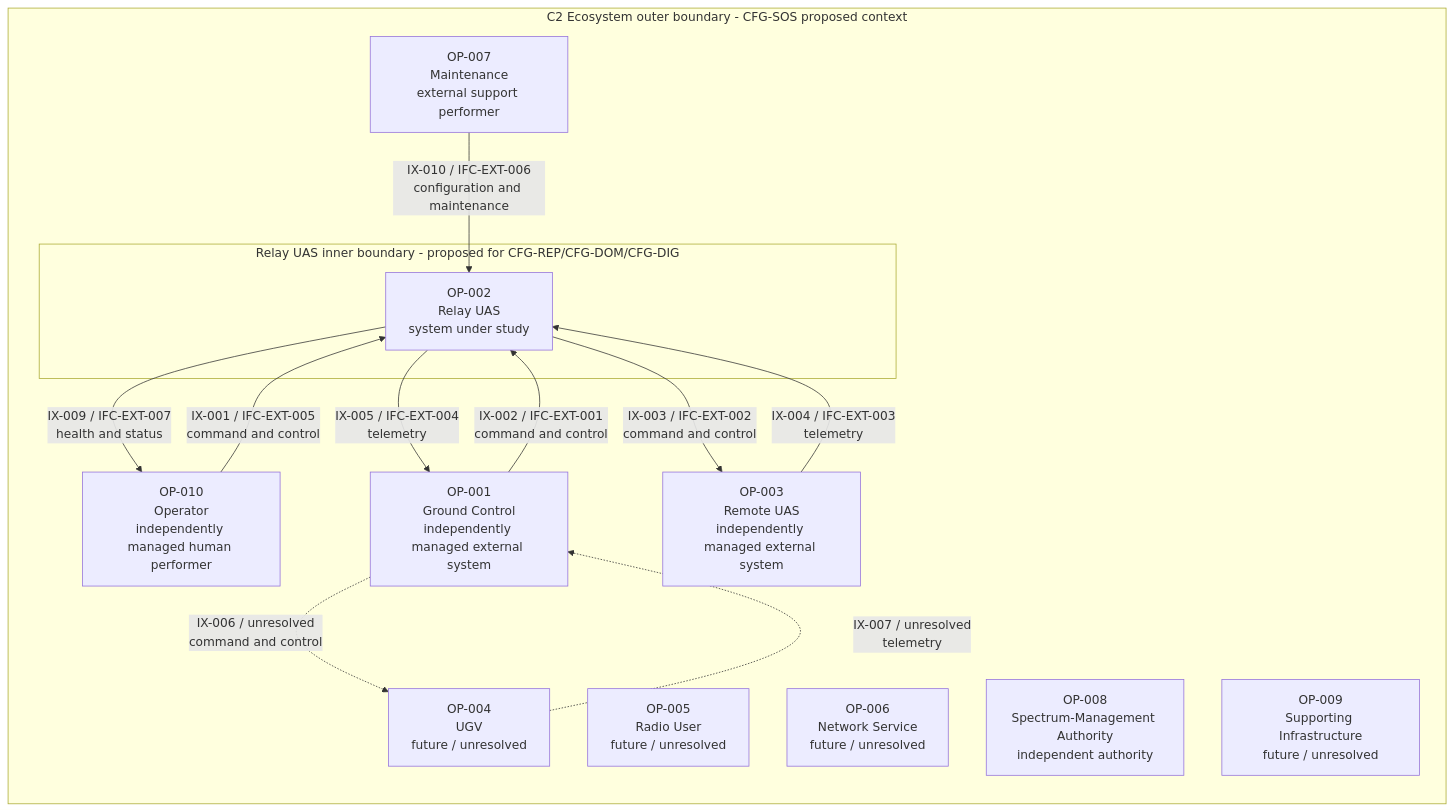
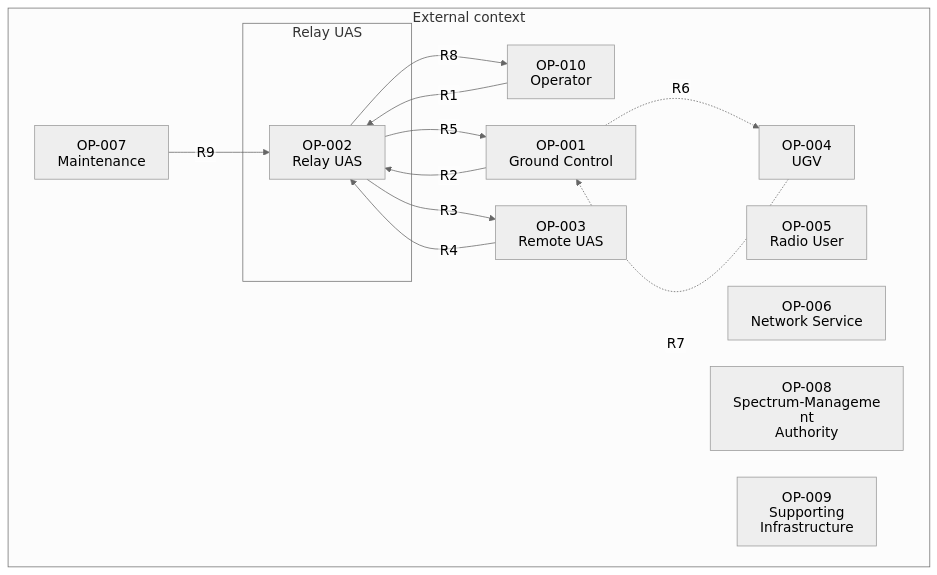
Before and after one commit to noahstephenson/low-cost-relay-uas: the second of 15 diagrams in docs/reference/architecture-atlas.md, drawn with Mermaid. The commit also changed other lines of this file and 22 other files, not shown here.

Commit message:
Teach the relay UAS architecture through a guided reading path and readable views

````diff
--- a/docs/reference/architecture-atlas.md
+++ b/docs/reference/architecture-atlas.md
@@ -52,27 +68,28 @@
 ```mermaid
-flowchart LR
+%%{init: {"theme": "neutral", "htmlLabels": false, "themeVariables": {"fontSize": "18px"}, "flowchart": {"htmlLabels": false, "nodeSpacing": 35, "rankSpacing": 45}}}%%
+flowchart TB
     %% Configuration scope: CFG-SOS outer context - CFG-REP / CFG-DOM / CFG-DIG inner constituent
-    subgraph OUTER["C2 Ecosystem outer boundary - CFG-SOS proposed context"]
-        OP_010["OP-010<br/>Operator<br/>independently managed human performer"]
-        OP_001["OP-001<br/>Ground Control<br/>independently managed external system"]
-        OP_003["OP-003<br/>Remote UAS<br/>independently managed external system"]
-        OP_004["OP-004<br/>UGV<br/>future / unresolved"]
-        OP_005["OP-005<br/>Radio User<br/>future / unresolved"]
-        OP_006["OP-006<br/>Network Service<br/>future / unresolved"]
-        OP_007["OP-007<br/>Maintenance<br/>external support performer"]
-        OP_008["OP-008<br/>Spectrum-Management Authority<br/>independent authority"]
-        OP_009["OP-009<br/>Supporting Infrastructure<br/>future / unresolved"]
-        subgraph INNER["Relay UAS inner boundary - proposed for CFG-REP/CFG-DOM/CFG-DIG"]
-            OP_002["OP-002<br/>Relay UAS<br/>system under study"]
+    subgraph OUTER["External context"]
+        OP_010["OP-010<br/>Operator"]
+        OP_001["OP-001<br/>Ground Control"]
+        OP_003["OP-003<br/>Remote UAS"]
+        OP_004["OP-004<br/>UGV"]
+        OP_005["OP-005<br/>Radio User"]
+        OP_006["OP-006<br/>Network Service"]
+        OP_007["OP-007<br/>Maintenance"]
+        OP_008["OP-008<br/>Spectrum-Management<br/>Authority"]
+        OP_009["OP-009<br/>Supporting Infrastructure"]
+        subgraph INNER["Relay UAS"]
+            OP_002["OP-002<br/>Relay UAS"]
         end
     end
-    OP_010 -->|"IX-001 / IFC-EXT-005<br/>command and control"| OP_002
-    OP_001 -->|"IX-002 / IFC-EXT-001<br/>command and control"| OP_002
-    OP_002 -->|"IX-003 / IFC-EXT-002<br/>command and control"| OP_003
-    OP_003 -->|"IX-004 / IFC-EXT-003<br/>telemetry"| OP_002
-    OP_002 -->|"IX-005 / IFC-EXT-004<br/>telemetry"| OP_001
-    OP_001 -.->|"IX-006 / unresolved<br/>command and control"| OP_004
-    OP_004 -.->|"IX-007 / unresolved<br/>telemetry"| OP_001
-    OP_002 -->|"IX-009 / IFC-EXT-007<br/>health and status"| OP_010
-    OP_007 -->|"IX-010 / IFC-EXT-006<br/>configuration and maintenance"| OP_002
+    OP_010 -->|"R1"| OP_002
+    OP_001 -->|"R2"| OP_002
+    OP_002 -->|"R3"| OP_003
+    OP_003 -->|"R4"| OP_002
+    OP_002 -->|"R5"| OP_001
+    OP_001 -.->|"R6"| OP_004
+    OP_004 -.->|"R7"| OP_001
+    OP_002 -->|"R8"| OP_010
+    OP_007 -->|"R9"| OP_002
 ```
````
